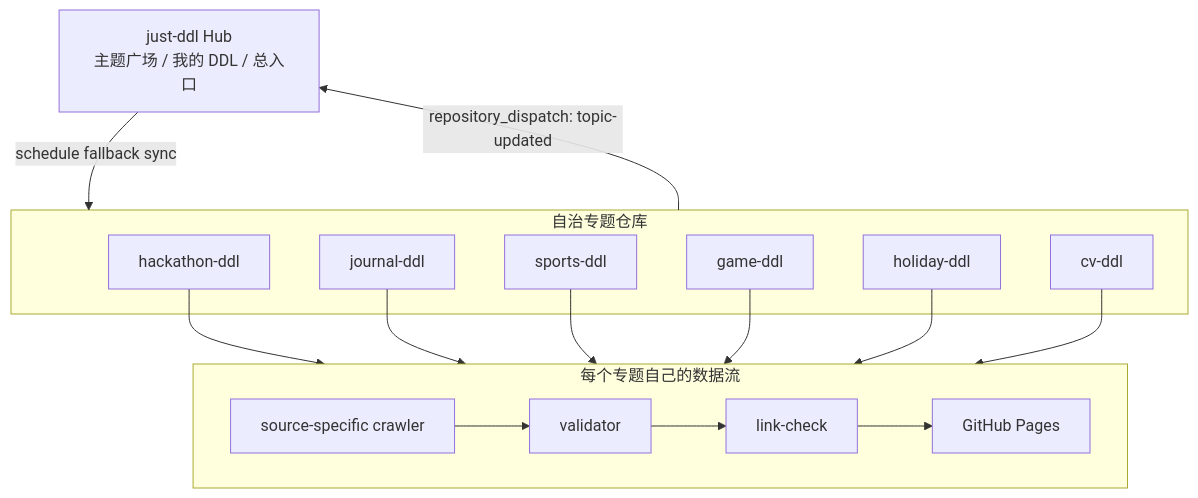
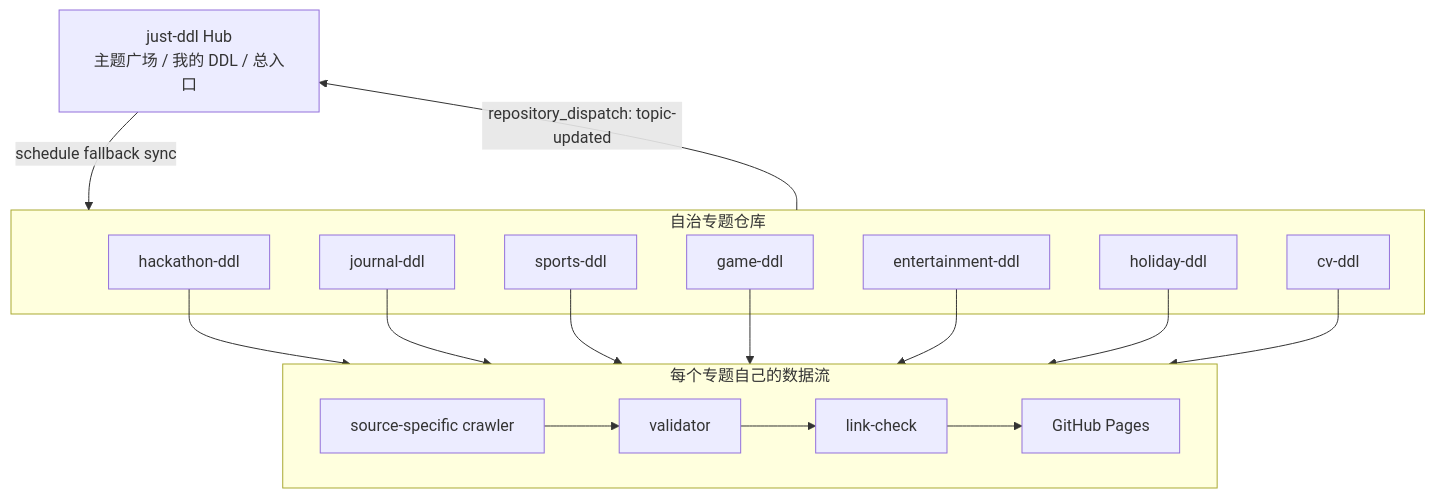
Before and after one commit to Just-Agent/just-ddl: the first of 2 diagrams in README.md, drawn with Mermaid. The commit also changed other lines of this file and 5 other files, not shown here.

````diff
--- a/README.md
+++ b/README.md
@@ -72,31 +74,33 @@
 ```mermaid
 flowchart TB
   Hub["just-ddl Hub<br/>主题广场 / 我的 DDL / 总入口"]
 
   subgraph Topics["自治专题仓库"]
     Hackathon["hackathon-ddl"]
     Journal["journal-ddl"]
     Sports["sports-ddl"]
     Game["game-ddl"]
+    Entertainment["entertainment-ddl"]
     Holiday["holiday-ddl"]
     CV["cv-ddl"]
   end
 
   subgraph Pipeline["每个专题自己的数据流"]
     Crawler["source-specific crawler"]
     Validator["validator"]
     LinkCheck["link-check"]
     Pages["GitHub Pages"]
   end
 
   Crawler --> Validator --> LinkCheck --> Pages
   Hackathon --> Pipeline
   Journal --> Pipeline
   Sports --> Pipeline
   Game --> Pipeline
+  Entertainment --> Pipeline
   Holiday --> Pipeline
   CV --> Pipeline
 
   Topics -- "repository_dispatch: topic-updated" --> Hub
   Hub -- "schedule fallback sync" --> Topics
 ```
````
